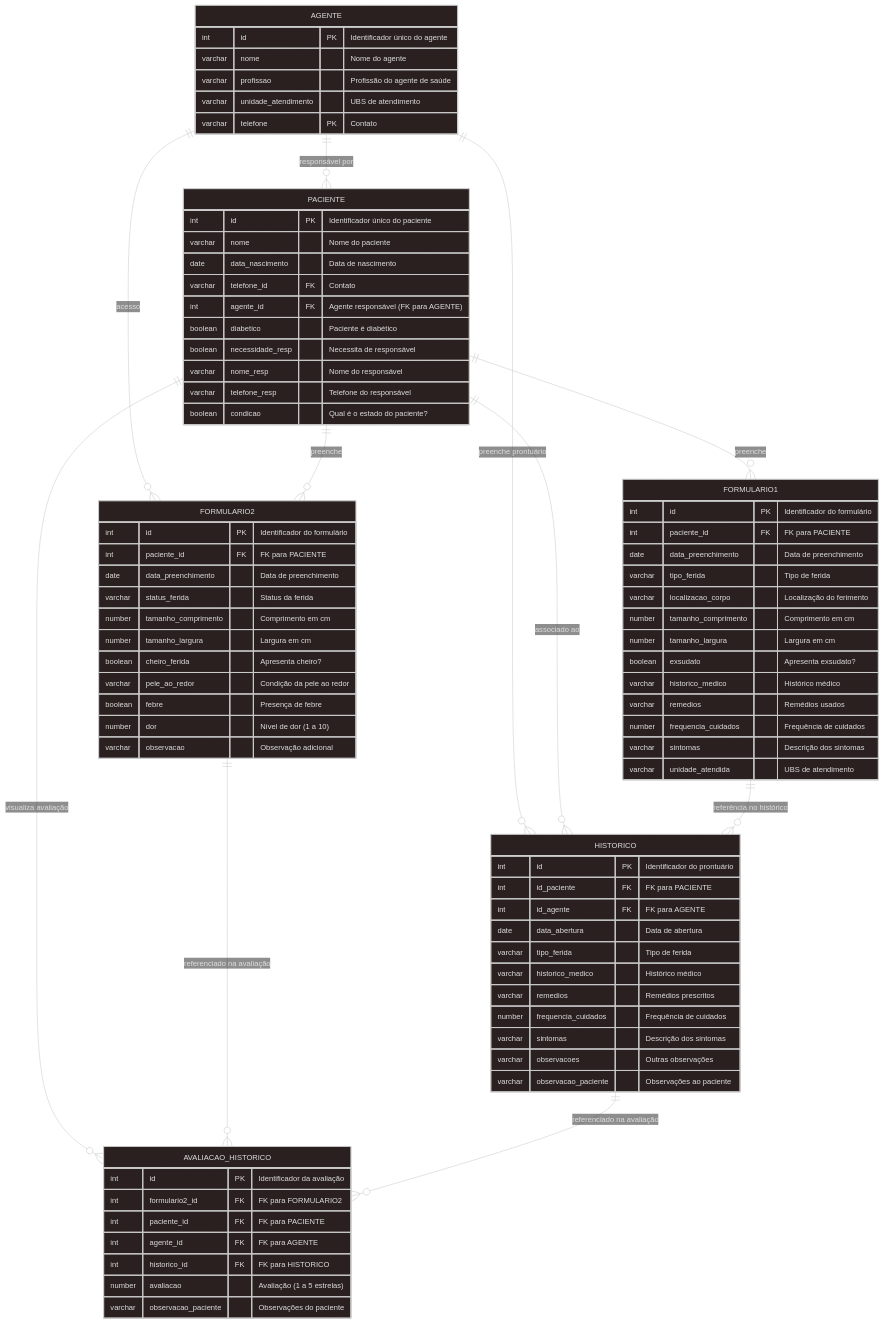
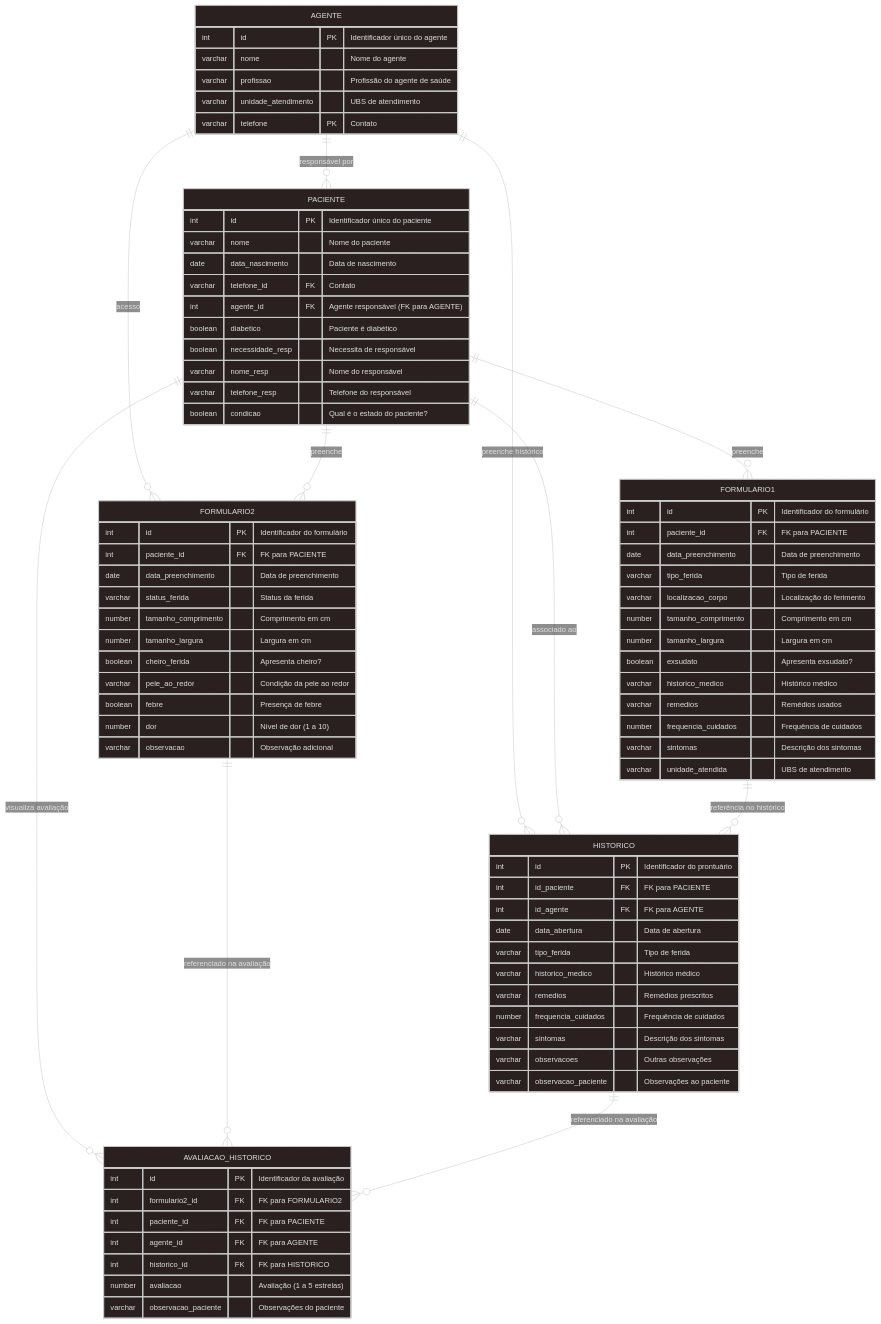
Before and after one commit to katz2009/2025-1B-T19-IN02-G02: the diagram in documentos/wad.md, drawn with Mermaid. The commit also changed 1 other file, not shown here.

Commit message:
docs: alterando imagem com alinhamento do Afonso.

```diff
--- a/documentos/wad.md
+++ b/documentos/wad.md
@@ -592,7 +592,7 @@
     %% Relacionamentos
     AGENTE ||--o{ PACIENTE : "responsável por"
     AGENTE ||--o{ FORMULARIO2 : "acesso"
-    AGENTE ||--o{ HISTORICO : "preenche prontuário"
+    AGENTE ||--o{ HISTORICO : "preenche histórico"
     PACIENTE ||--o{ FORMULARIO1 : "preenche"
     PACIENTE ||--o{ FORMULARIO2 : "preenche"
     PACIENTE ||--o{ HISTORICO : "associado ao"
```
